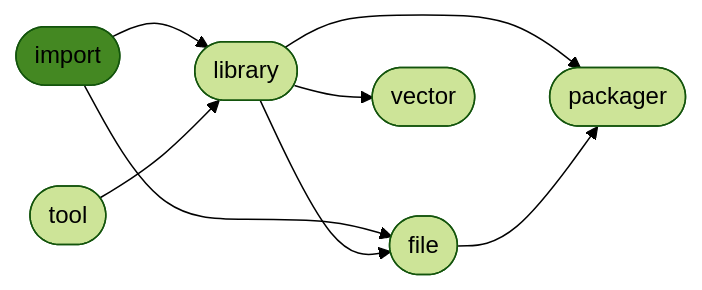
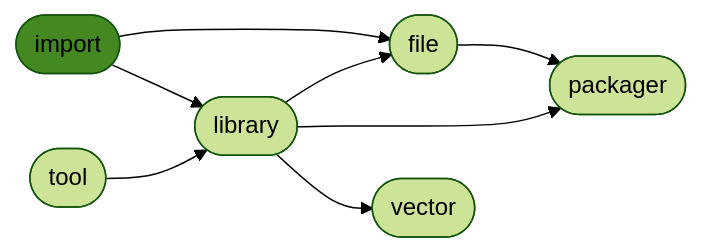
The diagram in README.md (ManderaGeneral/generalimport), drawn with Mermaid (forest theme) before and after one commit. The commit also changed other lines of this file and 1 other file, not shown here.

````diff
--- a/README.md
+++ b/README.md
@@ -28,17 +28,17 @@
 ```mermaid
 flowchart LR
+2([library]) --> 3([file])
+3([file]) --> 5([packager])
+2([library]) --> 5([packager])
+0([import]) --> 3([file])
 0([import]) --> 2([library])
-0([import]) --> 3([file])
+1([tool]) --> 2([library])
 2([library]) --> 4([vector])
-1([tool]) --> 2([library])
-2([library]) --> 3([file])
-2([library]) --> 5([packager])
-3([file]) --> 5([packager])
 click 0 "https://github.com/ManderaGeneral/generalimport"
 click 1 "https://github.com/ManderaGeneral/generaltool"
 click 2 "https://github.com/ManderaGeneral/generallibrary"
 click 3 "https://github.com/ManderaGeneral/generalfile"
 click 4 "https://github.com/ManderaGeneral/generalvector"
 click 5 "https://github.com/ManderaGeneral/generalpackager"
 style 0 fill:#482
 ```
````
